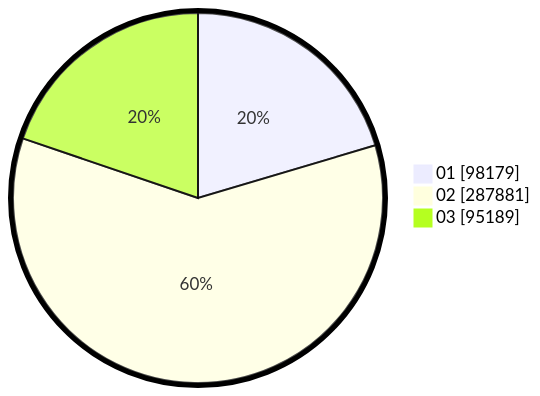
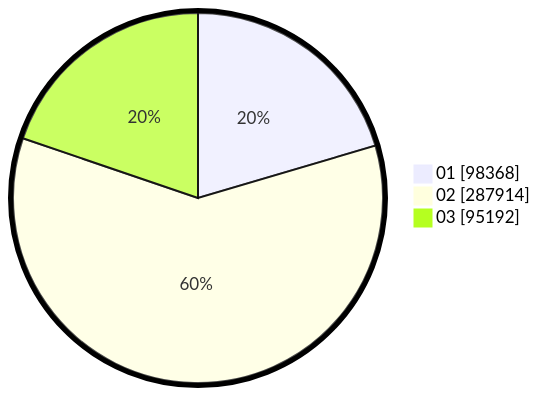
Before and after one commit to gigit-pemilu/pemilu-2024: the second of 2 diagrams in pilpres/hitung-suara/sub/table-wilayah-99.md, drawn with Mermaid. The commit also changed other lines of this file and 8 other files, not shown here.

````diff
--- a/pilpres/hitung-suara/sub/table-wilayah-99.md
+++ b/pilpres/hitung-suara/sub/table-wilayah-99.md
@@ -15,7 +15,7 @@
 ```mermaid
 %%{init: {"pie": {"textPosition": 0.5}, "themeVariables": {"pieOuterStrokeWidth": "5px"}} }%%
 pie showData
-    "01" : 98179
-    "02" : 287881
-    "03" : 95189
+    "01" : 98368
+    "02" : 287914
+    "03" : 95192
 ```
````
